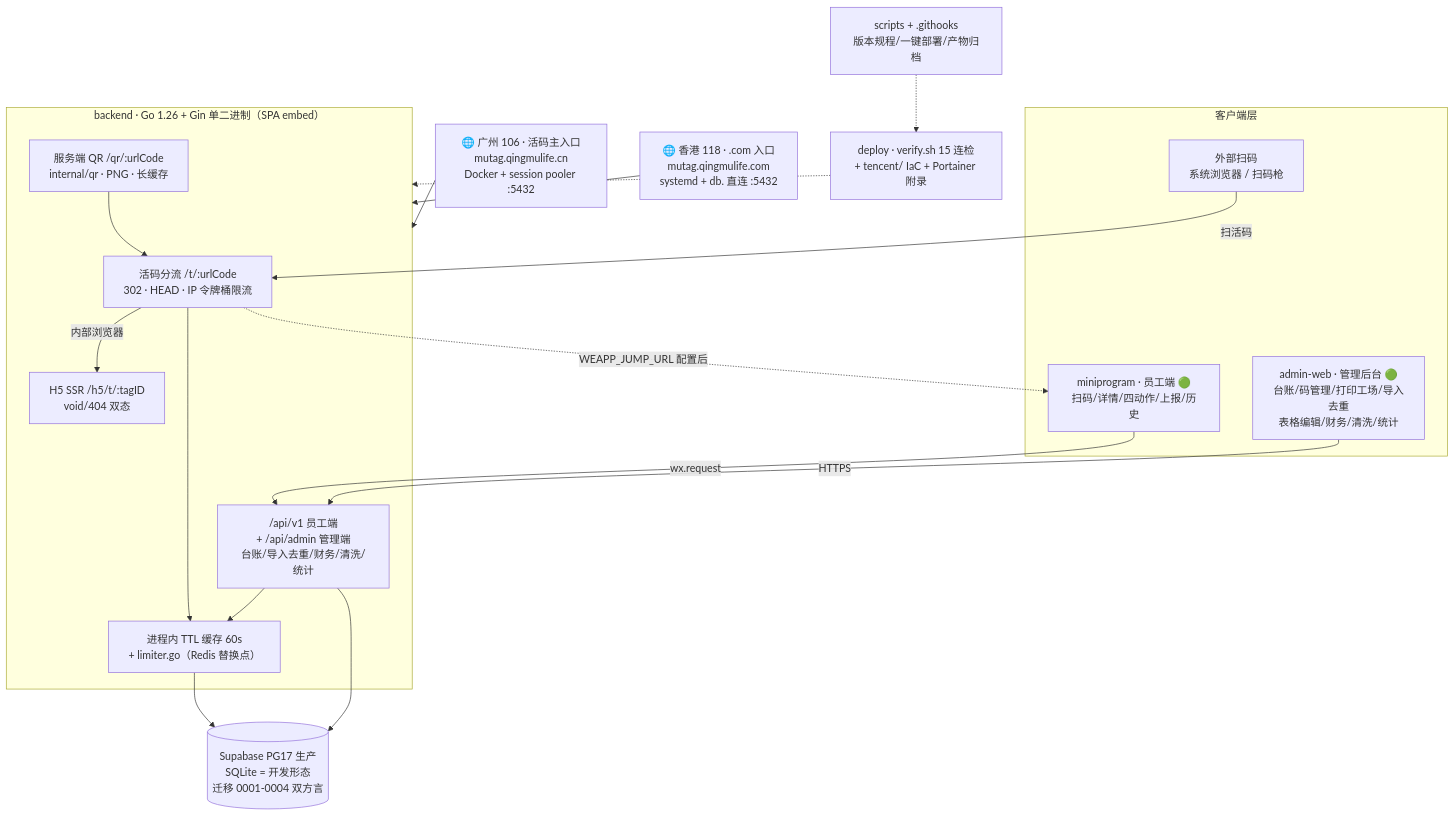
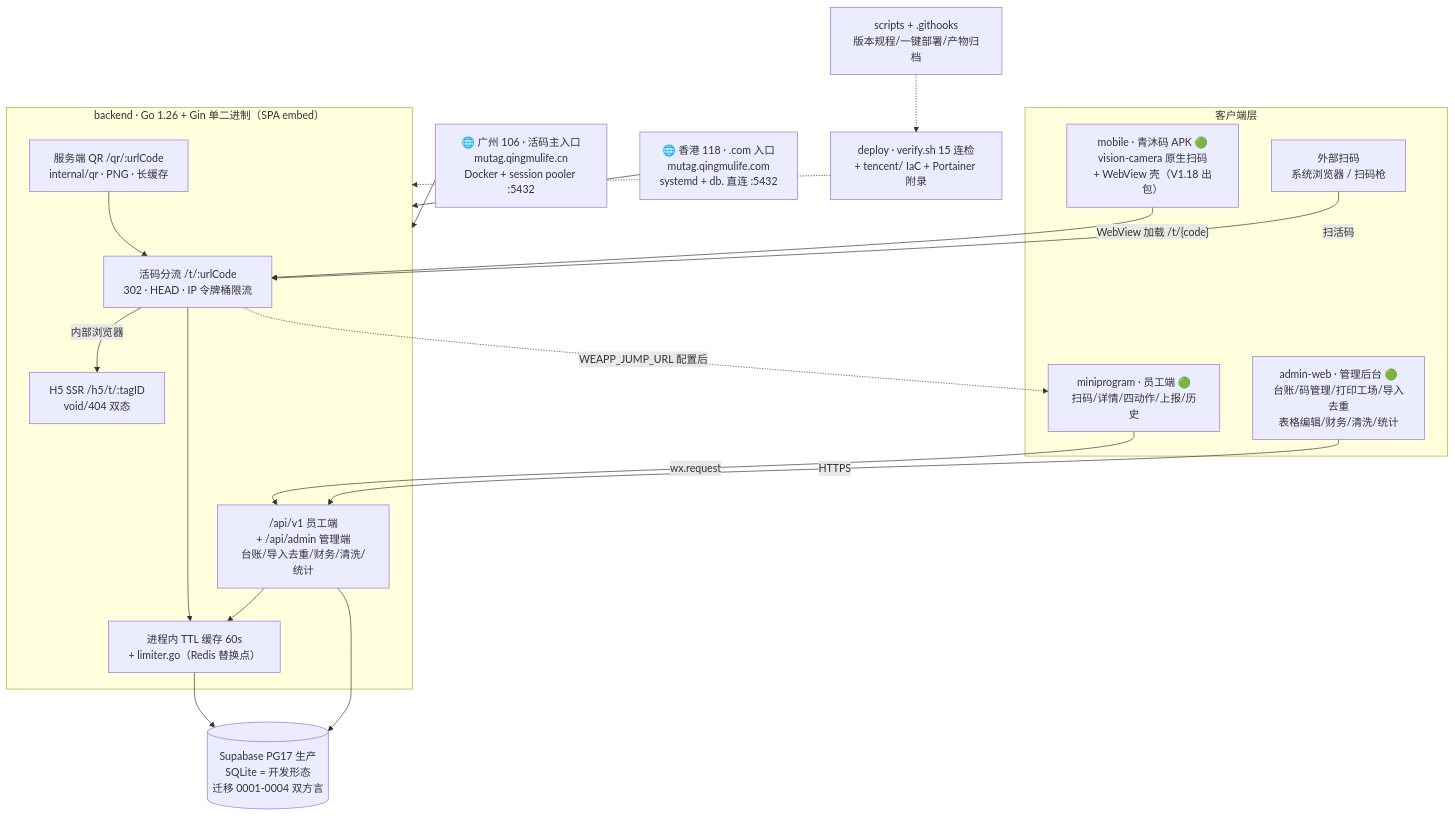
Before and after one commit to changzhi777/MuTag: the diagram in CLAUDE.md, drawn with Mermaid. The commit also changed other lines of this file and 5 other files, not shown here.

First line of the commit message:
docs: V1.18 入档——mobile 青沐码 APK 模块首建 + 五模块文档齐备

````diff
--- a/CLAUDE.md
+++ b/CLAUDE.md
@@ -66,43 +67,46 @@
 ```mermaid
 graph TD
     subgraph CLIENT["客户端层"]
         MP["miniprogram · 员工端 🟢<br/>扫码/详情/四动作/上报/历史"]
+        MOB["mobile · 青沐码 APK 🟢<br/>vision-camera 原生扫码<br/>+ WebView 壳（V1.18 出包）"]
         AW["admin-web · 管理后台 🟢<br/>台账/码管理/打印工场/导入去重<br/>表格编辑/财务/清洗/统计"]
         EXT["外部扫码<br/>系统浏览器 / 扫码枪"]
     end
 
     subgraph BE["backend · Go 1.26 + Gin 单二进制（SPA embed）"]
         SL["活码分流 /t/:urlCode<br/>302 · HEAD · IP 令牌桶限流"]
         QREP["服务端 QR /qr/:urlCode<br/>internal/qr · PNG · 长缓存"]
         H5["H5 SSR /h5/t/:tagID<br/>void/404 双态"]
         API["/api/v1 员工端<br/>+ /api/admin 管理端<br/>台账/导入去重/财务/清洗/统计"]
         CACHE["进程内 TTL 缓存 60s<br/>+ limiter.go（Redis 替换点）"]
     end
 
     DB[("Supabase PG17 生产<br/>SQLite = 开发形态<br/>迁移 0001-0004 双方言")]
     GZ["🌐 广州 106 · 活码主入口<br/>mutag.qingmulife.cn<br/>Docker + session pooler :5432"]
     HK["🌐 香港 118 · .com 入口<br/>mutag.qingmulife.com<br/>systemd + db. 直连 :5432"]
     DEP["deploy · verify.sh 15 连检<br/>+ tencent/ IaC + Portainer 附录"]
     TOOLS["scripts + .githooks<br/>版本规程/一键部署/产物归档"]
 
     MP -->|"wx.request"| API
+    MOB -->|"WebView 加载 /t/{code}"| SL
     AW -->|"HTTPS"| API
     EXT -->|"扫活码"| SL
     SL -->|"内部浏览器"| H5
     SL -.->|"WEAPP_JUMP_URL 配置后"| MP
     QREP --> SL
     SL --> CACHE
     API --> CACHE
     CACHE --> DB
     API --> DB
     GZ --> BE
     HK --> BE
     DEP -.-> BE
     TOOLS -.-> DEP
 
     click MP "./miniprogram/CLAUDE.md" "miniprogram 模块文档"
+    click MOB "./mobile/CLAUDE.md" "mobile 青沐码 APK 模块文档"
     click AW "./admin-web/CLAUDE.md" "admin-web 模块文档"
     click BE "./backend/CLAUDE.md" "backend 模块文档"
     click QREP "./backend/CLAUDE.md" "internal/qr 详见 backend 模块文档"
     click DEP "./deploy/CLAUDE.md" "deploy 模块文档"
 ```
````
